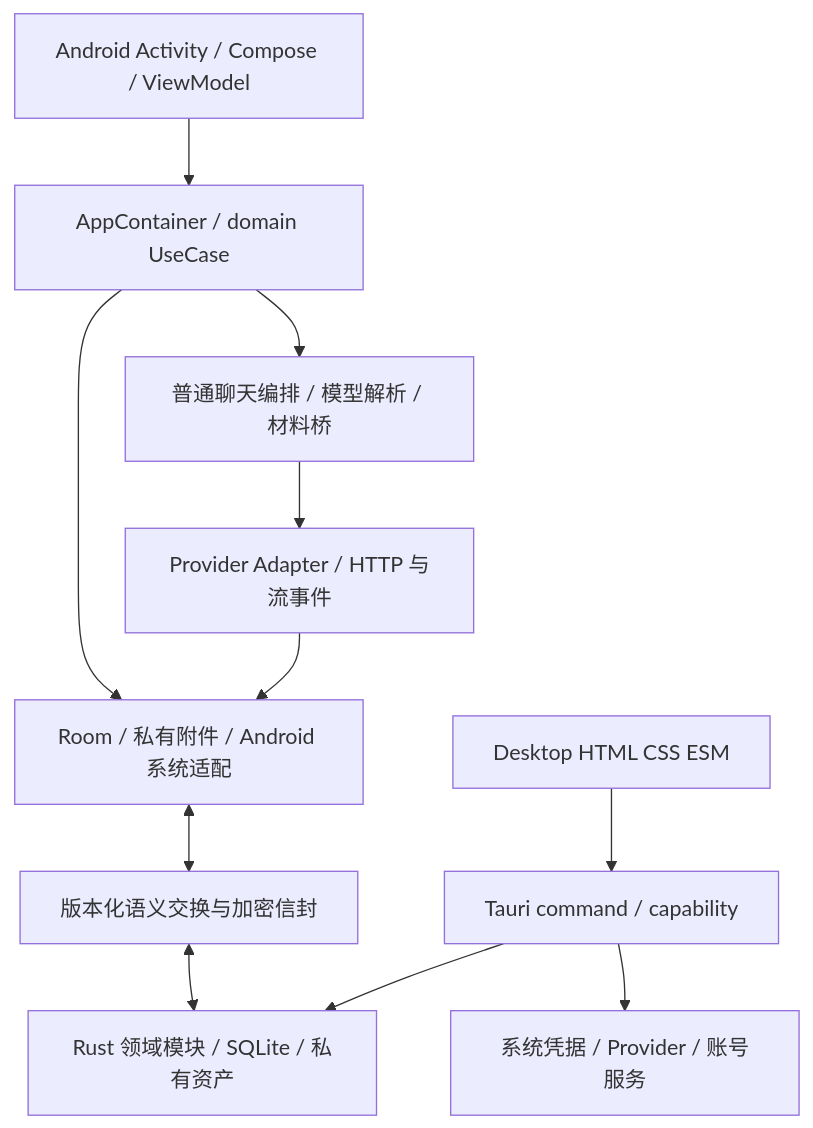
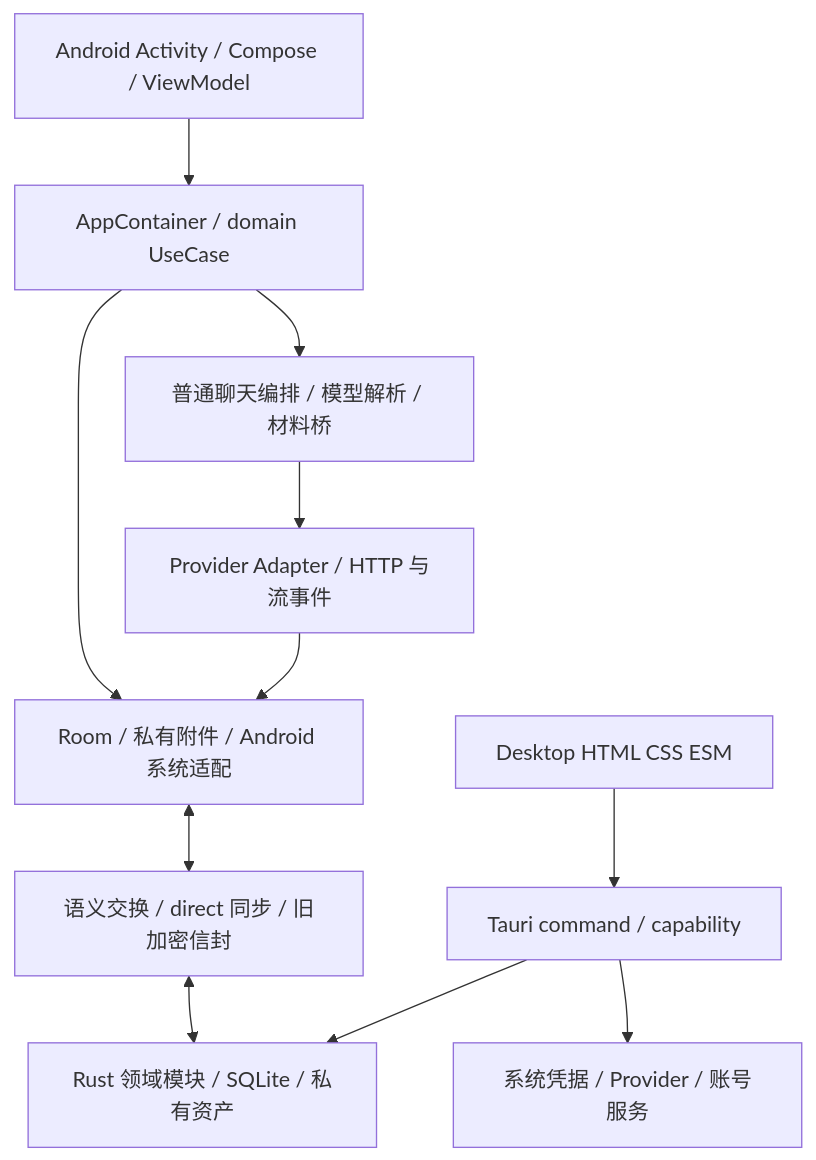
Before and after one commit to nanzhufeng/Nanfeng-AI: the diagram in docs/南枫AI完整开发档案.md, drawn with Mermaid. The commit also changed other lines of this file and 24 other files, not shown here.

````diff
--- a/docs/南枫AI完整开发档案.md
+++ b/docs/南枫AI完整开发档案.md
@@ -62,13 +72,13 @@
 ```mermaid
 flowchart TD
   A[Android Activity / Compose / ViewModel] --> B[AppContainer / domain UseCase]
   B --> C[Room / 私有附件 / Android 系统适配]
   B --> D[普通聊天编排 / 模型解析 / 材料桥]
   D --> E[Provider Adapter / HTTP 与流事件]
   E --> C
   F[Desktop HTML CSS ESM] --> G[Tauri command / capability]
   G --> H[Rust 领域模块 / SQLite / 私有资产]
   G --> I[系统凭据 / Provider / 账号服务]
-  C <--> J[版本化语义交换与加密信封]
+  C <--> J[语义交换 / direct 同步 / 旧加密信封]
   J <--> H
 ```
````
